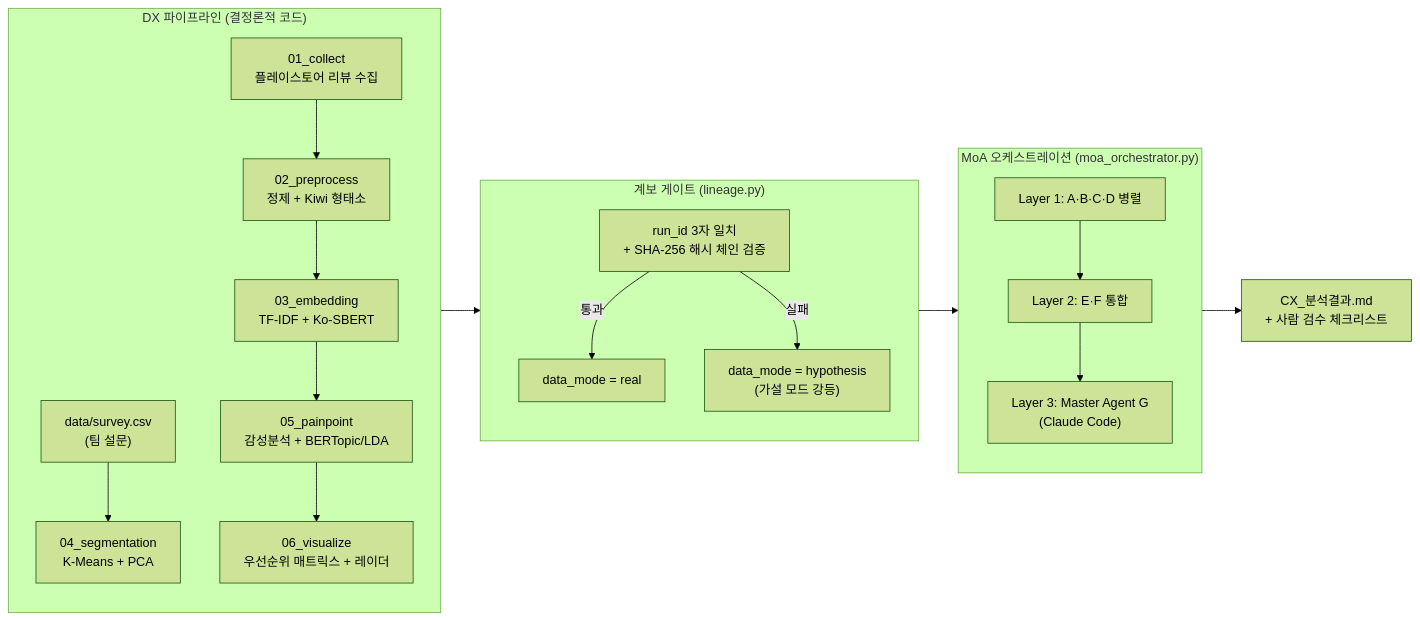
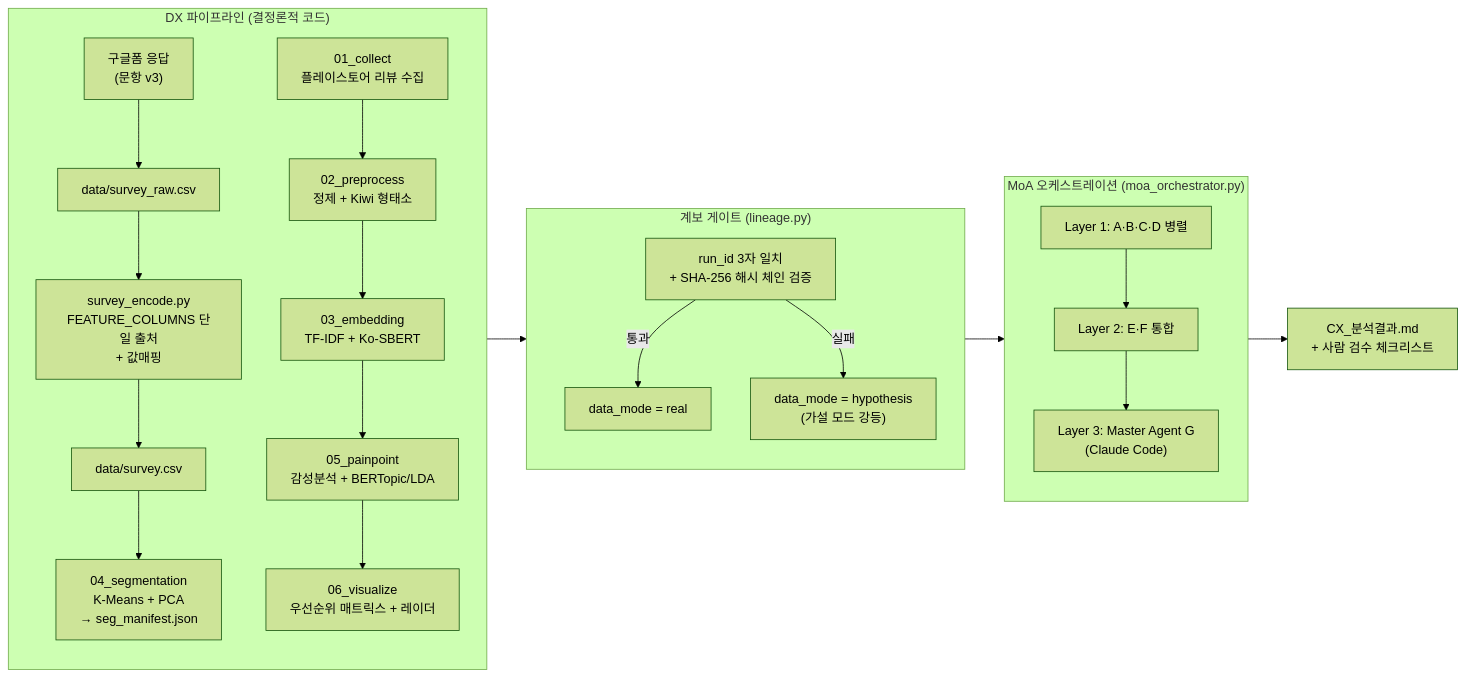
The first of 5 diagrams in docs/WORKFLOW.md (dariajkim-star/DX_project), drawn with Mermaid (forest theme) before and after one commit. The commit also changed other lines of this file and 2 other files, not shown here.

````diff
--- a/docs/WORKFLOW.md
+++ b/docs/WORKFLOW.md
@@ -8,27 +12,30 @@
 ```mermaid
 flowchart LR
     subgraph DX["DX 파이프라인 (결정론적 코드)"]
         direction TB
         C01["01_collect<br/>플레이스토어 리뷰 수집"] --> C02["02_preprocess<br/>정제 + Kiwi 형태소"]
         C02 --> C03["03_embedding<br/>TF-IDF + Ko-SBERT"]
         C03 --> C05["05_painpoint<br/>감성분석 + BERTopic/LDA"]
-        SURV["data/survey.csv<br/>(팀 설문)"] --> C04["04_segmentation<br/>K-Means + PCA"]
+        FORM["구글폼 응답<br/>(문항 v3)"] --> SRAW["data/survey_raw.csv"]
+        SRAW --> ENC["survey_encode.py<br/>FEATURE_COLUMNS 단일 출처<br/>+ 값매핑"]
+        ENC --> SURV["data/survey.csv"]
+        SURV --> C04["04_segmentation<br/>K-Means + PCA<br/>→ seg_manifest.json"]
         C05 --> C06["06_visualize<br/>우선순위 매트릭스 + 레이더"]
     end
 
     subgraph GATE["계보 게이트 (lineage.py)"]
         direction TB
         G1["run_id 3자 일치<br/>+ SHA-256 해시 체인 검증"]
         G1 -->|통과| G2["data_mode = real"]
         G1 -->|실패| G3["data_mode = hypothesis<br/>(가설 모드 강등)"]
     end
 
     subgraph AX["MoA 오케스트레이션 (moa_orchestrator.py)"]
         direction TB
         L1["Layer 1: A·B·C·D 병렬"] --> L2["Layer 2: E·F 통합"]
         L2 --> L3["Layer 3: Master Agent G<br/>(Claude Code)"]
     end
 
     DX --> GATE --> AX
     L3 --> RPT["CX_분석결과.md<br/>+ 사람 검수 체크리스트"]
 ```
````
